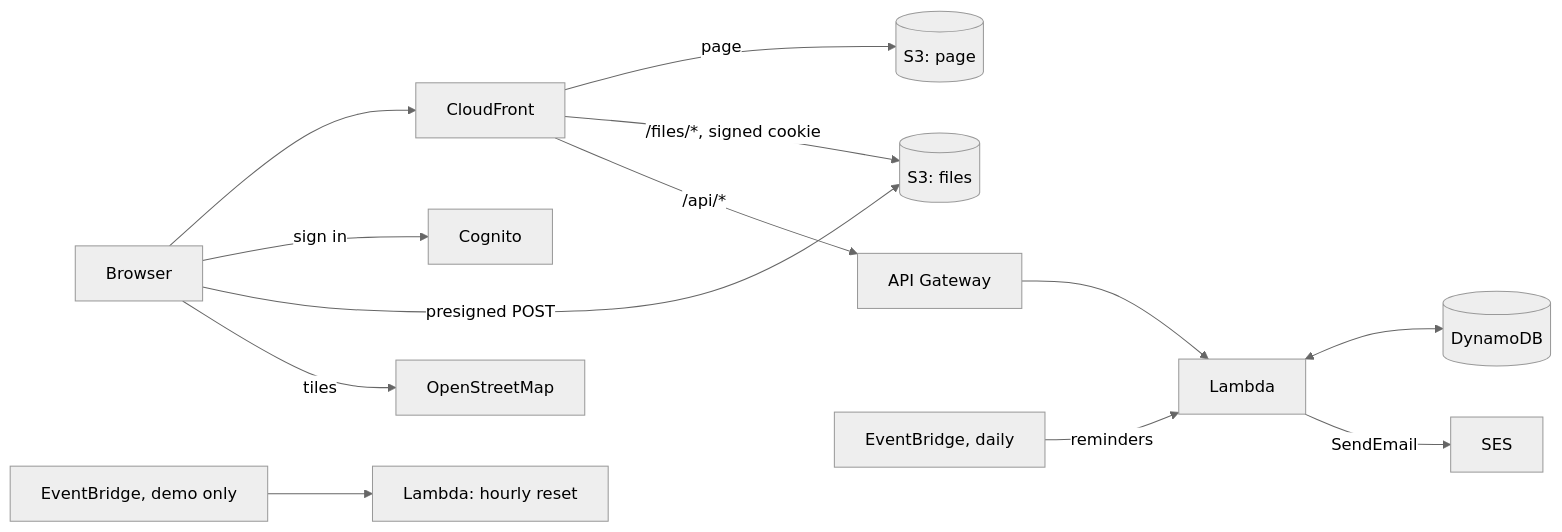
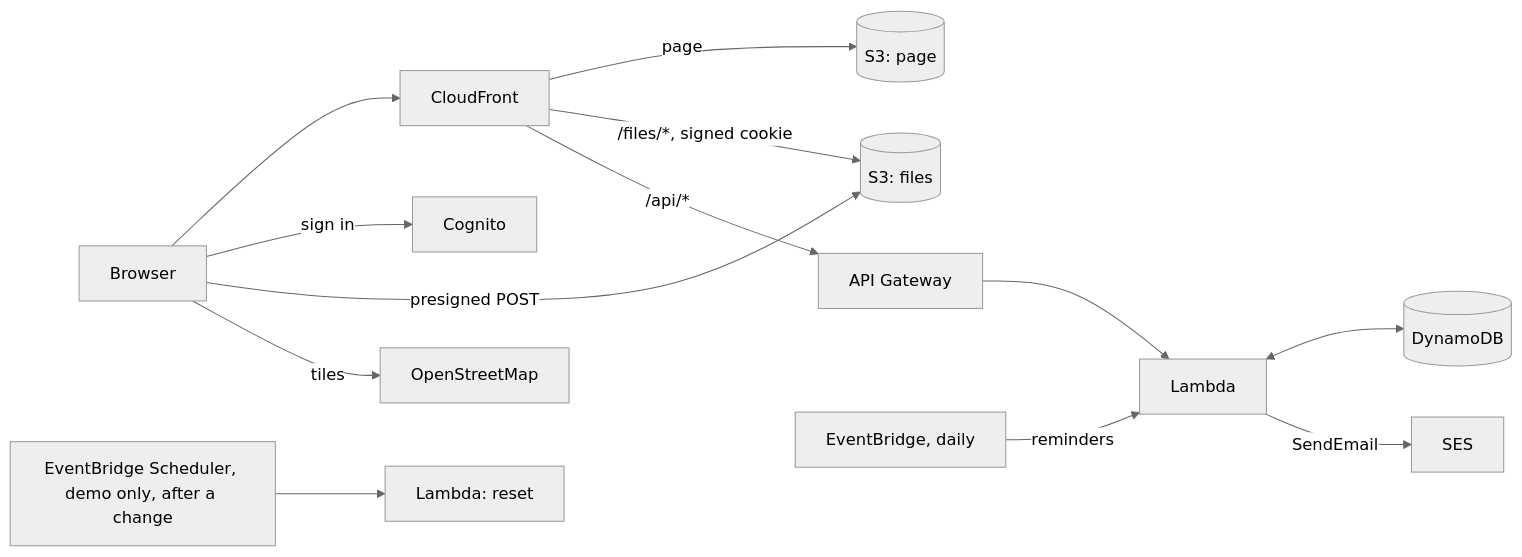
Before and after one commit to Tozapid/cars-serverless-aws: the diagram in README.md, drawn with Mermaid (neutral theme). The commit also changed other lines of this file and 14 other files, not shown here.

````diff
--- a/README.md
+++ b/README.md
@@ -42,14 +42,14 @@
 ```mermaid
 flowchart LR
   B[Browser] --> CF[CloudFront]
   CF -->|page| WEB[(S3: page)]
   CF -->|/files/*, signed cookie| FILES[(S3: files)]
   CF -->|/api/*| API[API Gateway] --> L[Lambda]
   B -->|sign in| COG[Cognito]
   B -->|presigned POST| FILES
   B -->|tiles| OSM[OpenStreetMap]
   EB[EventBridge, daily] -->|reminders| L
   L <--> DB[(DynamoDB)]
   L -->|SendEmail| SES[SES]
-  EB2[EventBridge, demo only] --> R[Lambda: hourly reset]
+  EB2[EventBridge Scheduler, demo only, after a change] --> R[Lambda: reset]
 ```
````
